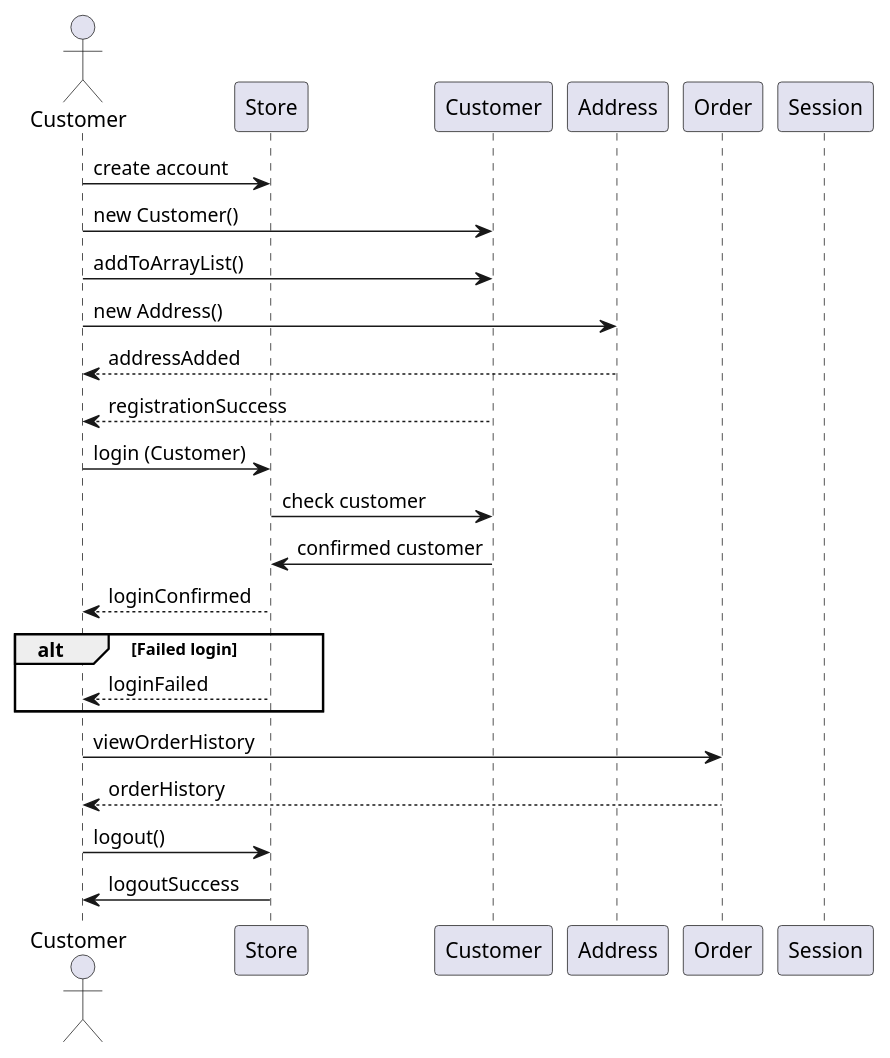
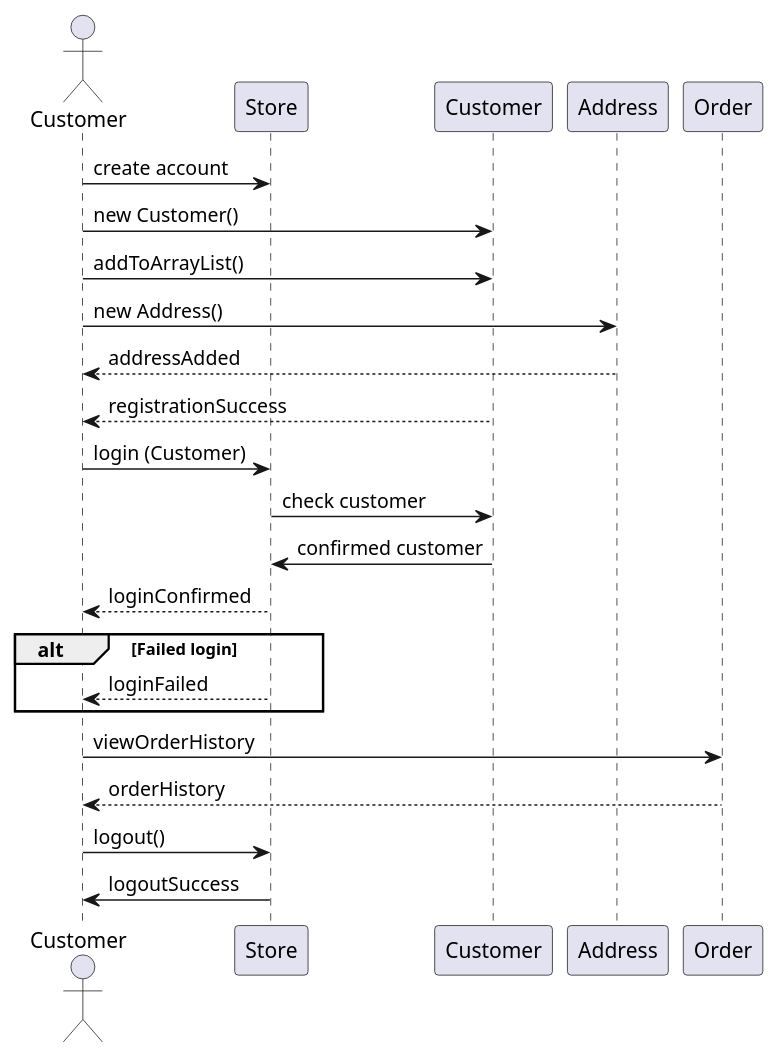
Before and after one commit to szczepanikoww/Store_4Spaces: the diagram in Model UML/src/diagram_sekwencji_v4.puml, drawn with PlantUML. The commit also changed 2 other files, not shown here.

```diff
--- a/Model UML/src/diagram_sekwencji_v4.puml
+++ b/Model UML/src/diagram_sekwencji_v4.puml
@@ -1,32 +1,31 @@
 @startuml
 actor Customer as c
 participant Store as u
 participant Customer as a
 participant Address as ad
 participant Order as o
-participant Session as s
 
 c -> u : create account
 c -> a : new Customer()
 c -> a : addToArrayList()
 c -> ad : new Address()
 ad --> c : addressAdded
 
 a --> c : registrationSuccess
 
 c -> u : login (Customer)
 u -> a : check customer
 a -> u : confirmed customer
 u --> c : loginConfirmed
 
 
 alt Failed login
     u --> c : loginFailed
 end
 
 c -> o : viewOrderHistory
 o --> c : orderHistory
 
 c -> u : logout()
 u -> c : logoutSuccess
 @enduml
```
